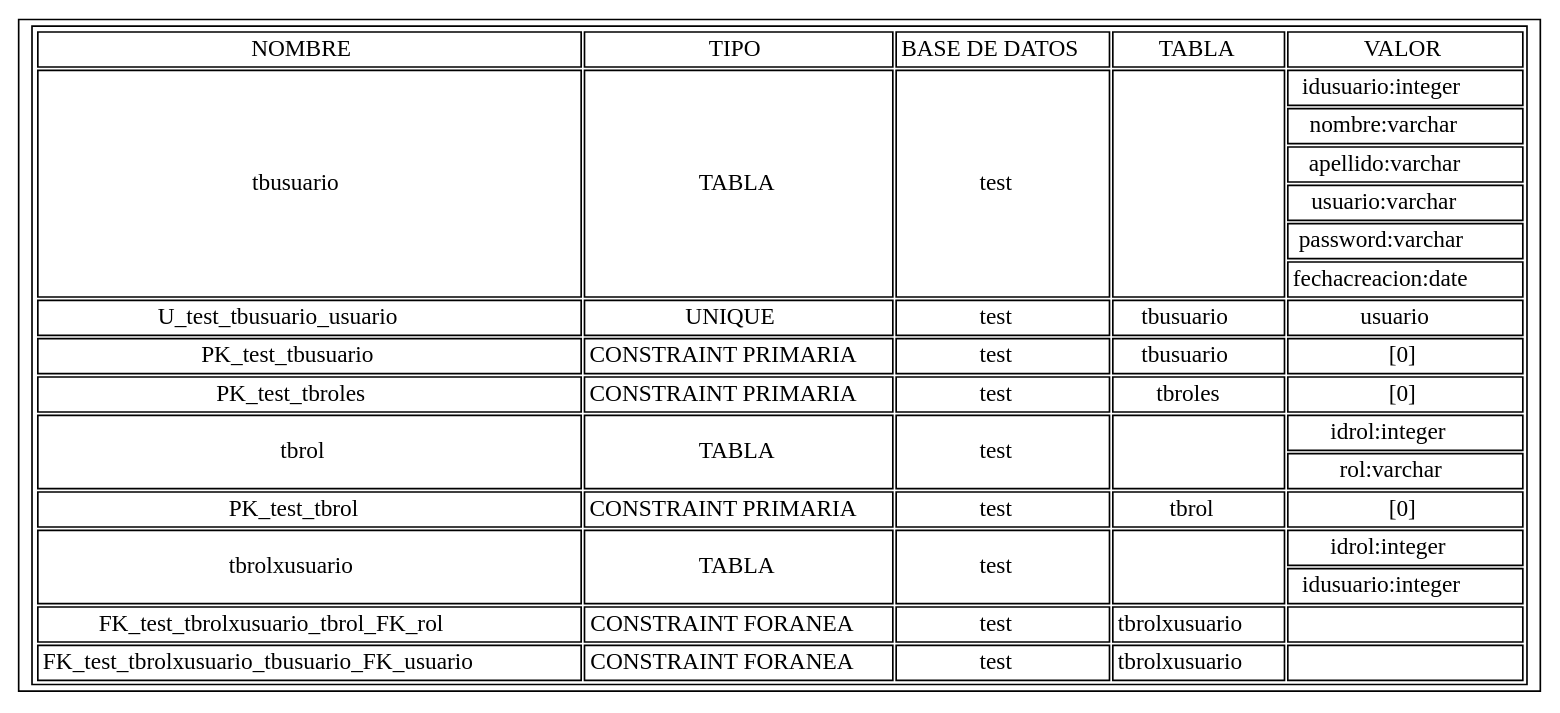
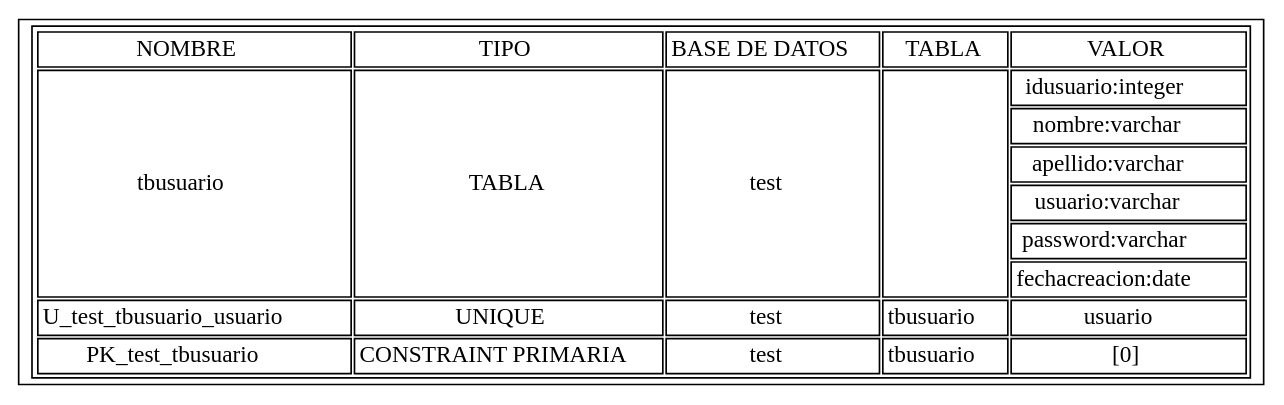
One commit to sicmmar/Proyecto-Compi2 changed the diagram in ts.dot. Above: the diagram before and after it, drawn with Graphviz. The commit also changed 29 other files, not shown here.

```diff
--- a/ts.dot
+++ b/ts.dot
@@ -1,13 +1,9 @@
 digraph G {shortName [shape=record label=<<TABLE><TR><TD>NOMBRE</TD><TD>TIPO</TD><TD>BASE DE DATOS</TD><TD>TABLA</TD><TD>VALOR</TD></TR><TR><TD rowspan='6'>tbusuario</TD><TD rowspan='6'>TABLA</TD><TD rowspan='6'>test</TD><TD rowspan='6'></TD><TD>idusuario:integer</TD></TR>
 <TR><TD>nombre:varchar</TD></TR>
 <TR><TD>apellido:varchar</TD></TR>
 <TR><TD>usuario:varchar</TD></TR>
 <TR><TD>password:varchar</TD></TR>
 <TR><TD>fechacreacion:date</TD></TR>
 <TR><TD>U_test_tbusuario_usuario</TD><TD>UNIQUE</TD><TD>test</TD><TD>tbusuario</TD><TD>usuario</TD></TR>
 
-<TR><TD>PK_test_tbusuario</TD><TD>CONSTRAINT PRIMARIA</TD><TD>test</TD><TD>tbusuario</TD><TD>[0]</TD></TR><TR><TD>PK_test_tbroles</TD><TD>CONSTRAINT PRIMARIA</TD><TD>test</TD><TD>tbroles</TD><TD>[0]</TD></TR><TR><TD rowspan='2'>tbrol</TD><TD rowspan='2'>TABLA</TD><TD rowspan='2'>test</TD><TD rowspan='2'></TD><TD>idrol:integer</TD></TR>
-<TR><TD>rol:varchar</TD></TR>
-<TR><TD>PK_test_tbrol</TD><TD>CONSTRAINT PRIMARIA</TD><TD>test</TD><TD>tbrol</TD><TD>[0]</TD></TR><TR><TD rowspan='2'>tbrolxusuario</TD><TD rowspan='2'>TABLA</TD><TD rowspan='2'>test</TD><TD rowspan='2'></TD><TD>idrol:integer</TD></TR>
-<TR><TD>idusuario:integer</TD></TR>
-<TR><TD>FK_test_tbrolxusuario_tbrol_FK_rol</TD><TD>CONSTRAINT FORANEA</TD><TD>test</TD><TD>tbrolxusuario</TD><TD></TD></TR><TR><TD>FK_test_tbrolxusuario_tbusuario_FK_usuario</TD><TD>CONSTRAINT FORANEA</TD><TD>test</TD><TD>tbrolxusuario</TD><TD></TD></TR></TABLE>>]}
+<TR><TD>PK_test_tbusuario</TD><TD>CONSTRAINT PRIMARIA</TD><TD>test</TD><TD>tbusuario</TD><TD>[0]</TD></TR></TABLE>>]}
```
